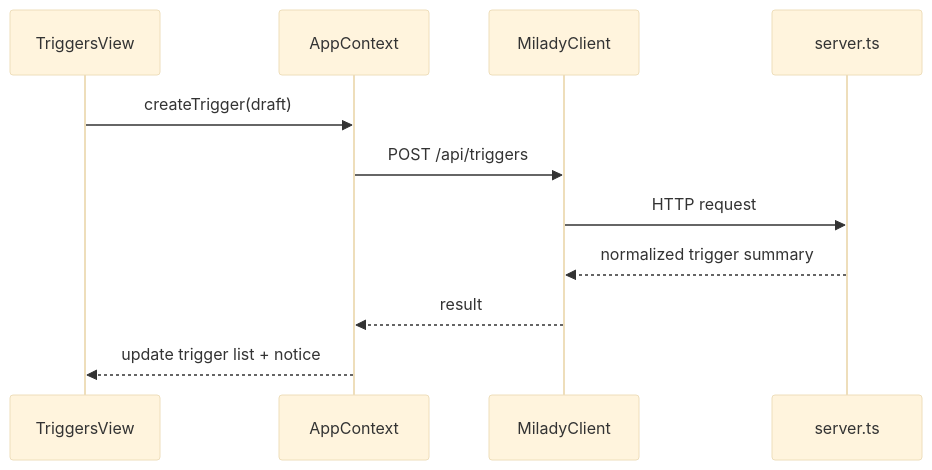
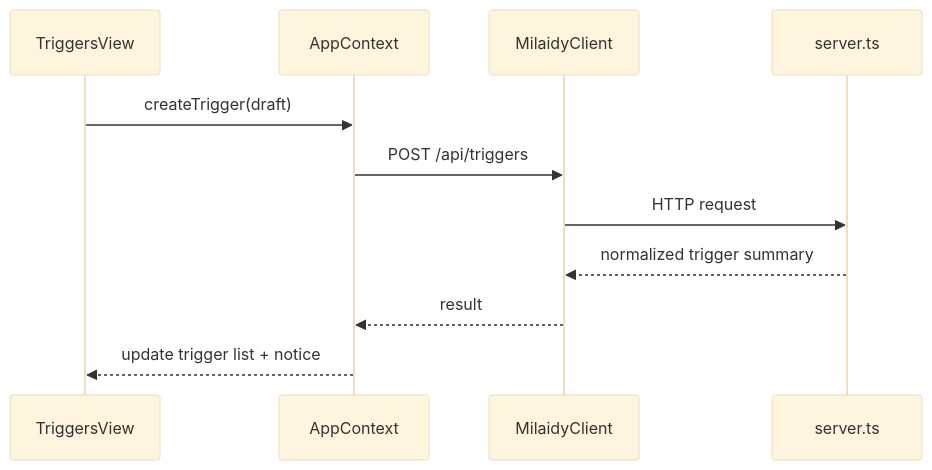
Before and after one commit to milady-ai/milady: the diagram in docs/triggers-system-implementation/05-phase-4-milaidy-frontend-layer.md, drawn with Mermaid (base theme). The commit also changed other lines of this file and 20 other files, not shown here.

````diff
--- a/docs/triggers-system-implementation/05-phase-4-milaidy-frontend-layer.md
+++ b/docs/triggers-system-implementation/05-phase-4-milaidy-frontend-layer.md
@@ -214,14 +214,14 @@
 ```mermaid
 sequenceDiagram
   participant V as TriggersView
   participant C as AppContext
-  participant API as MiladyClient
+  participant API as MilaidyClient
   participant S as server.ts
 
   V->>C: createTrigger(draft)
   C->>API: POST /api/triggers
   API->>S: HTTP request
   S-->>API: normalized trigger summary
   API-->>C: result
   C-->>V: update trigger list + notice
 ```
````
